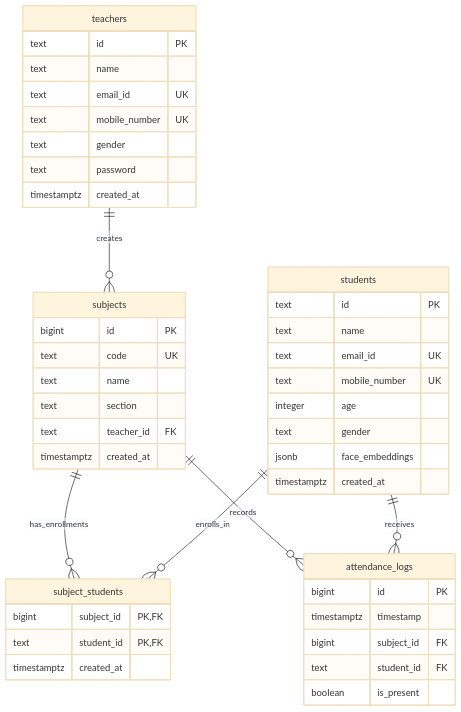
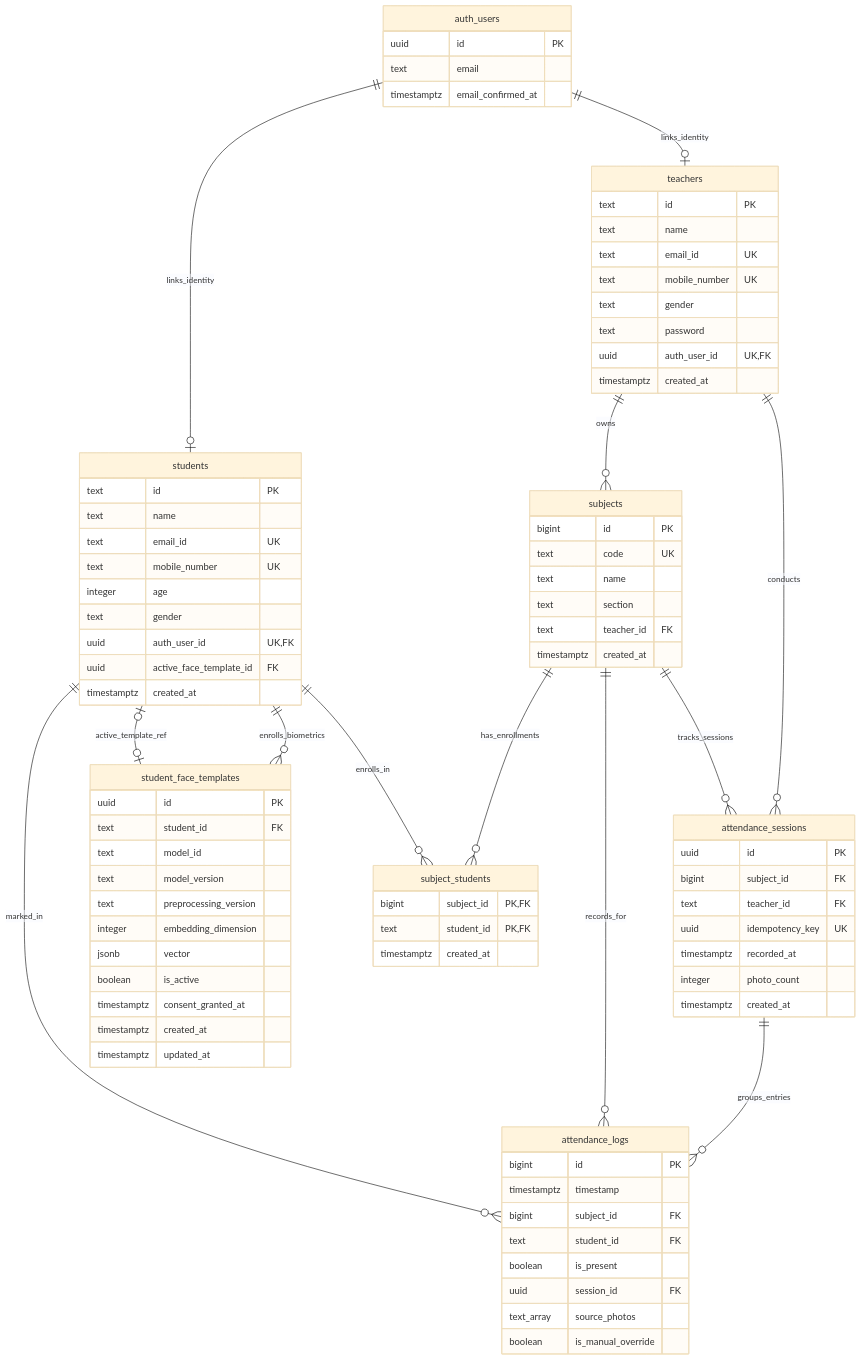
The diagram in docs/DATABASE.md (alokprasad573/AI-Powered-Attendance-Management), drawn with Mermaid (base theme) before and after one commit. The commit also changed other lines of this file and 221 other files, not shown here.

````diff
--- a/docs/DATABASE.md
+++ b/docs/DATABASE.md
@@ -81,10 +9,23 @@
 ```mermaid
 erDiagram
-    teachers ||--o{ subjects : creates
+    auth_users ||--o| teachers : links_identity
+    auth_users ||--o| students : links_identity
+    teachers ||--o{ subjects : owns
+    teachers ||--o{ attendance_sessions : conducts
+    students ||--o{ student_face_templates : enrolls_biometrics
+    student_face_templates |o--o| students : active_template_ref
     subjects ||--o{ subject_students : has_enrollments
     students ||--o{ subject_students : enrolls_in
-    subjects ||--o{ attendance_logs : records
-    students ||--o{ attendance_logs : receives
+    subjects ||--o{ attendance_sessions : tracks_sessions
+    attendance_sessions ||--o{ attendance_logs : groups_entries
+    subjects ||--o{ attendance_logs : records_for
+    students ||--o{ attendance_logs : marked_in
+
+    auth_users {
+        uuid id PK
+        text email
+        timestamptz email_confirmed_at
+    }
 
     teachers {
         text id PK
@@ -93,6 +34,7 @@
         text mobile_number UK
         text gender
         text password
+        uuid auth_user_id UK, FK
         timestamptz created_at
     }
 
@@ -103,8 +45,23 @@
         text mobile_number UK
         integer age
         text gender
-        jsonb face_embeddings
+        uuid auth_user_id UK, FK
+        uuid active_face_template_id FK
         timestamptz created_at
+    }
+
+    student_face_templates {
+        uuid id PK
+        text student_id FK
+        text model_id
+        text model_version
+        text preprocessing_version
+        integer embedding_dimension
+        jsonb vector
+        boolean is_active
+        timestamptz consent_granted_at
+        timestamptz created_at
+        timestamptz updated_at
     }
 
     subjects {
@@ -122,11 +79,24 @@
         timestamptz created_at
     }
 
+    attendance_sessions {
+        uuid id PK
+        bigint subject_id FK
+        text teacher_id FK
+        uuid idempotency_key UK
+        timestamptz recorded_at
+        integer photo_count
+        timestamptz created_at
+    }
+
     attendance_logs {
         bigint id PK
         timestamptz timestamp
         bigint subject_id FK
         text student_id FK
         boolean is_present
+        uuid session_id FK
+        text_array source_photos
+        boolean is_manual_override
     }
 ```
````
